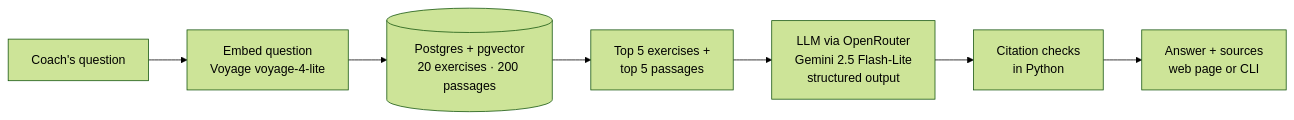
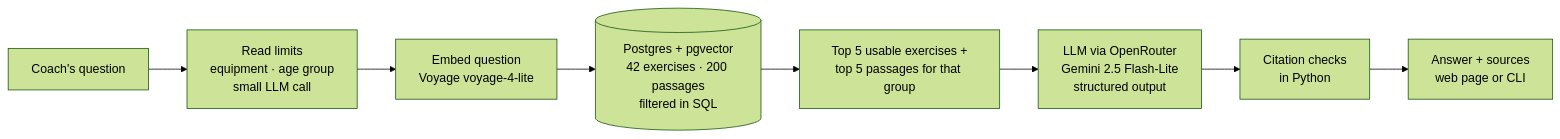
Before and after one commit to muskii1z/rag-motion: the first of 2 diagrams in README.md, drawn with Mermaid (forest theme). The commit also changed other lines of this file and 3 other files, not shown here.

````diff
--- a/README.md
+++ b/README.md
@@ -20,9 +21,10 @@
 ```mermaid
 flowchart LR
-    Q[Coach's question] --> E[Embed question<br/>Voyage voyage-4-lite]
-    E --> S[(Postgres + pgvector<br/>20 exercises · 200 passages)]
-    S --> R[Top 5 exercises +<br/>top 5 passages]
+    Q[Coach's question] --> F[Read limits<br/>equipment · age group<br/>small LLM call]
+    F --> E[Embed question<br/>Voyage voyage-4-lite]
+    E --> S[(Postgres + pgvector<br/>42 exercises · 200 passages<br/>filtered in SQL)]
+    S --> R[Top 5 usable exercises +<br/>top 5 passages for that group]
     R --> L[LLM via OpenRouter<br/>Gemini 2.5 Flash-Lite<br/>structured output]
     L --> C[Citation checks<br/>in Python]
     C --> A[Answer + sources<br/>web page or CLI]
 ```
````
